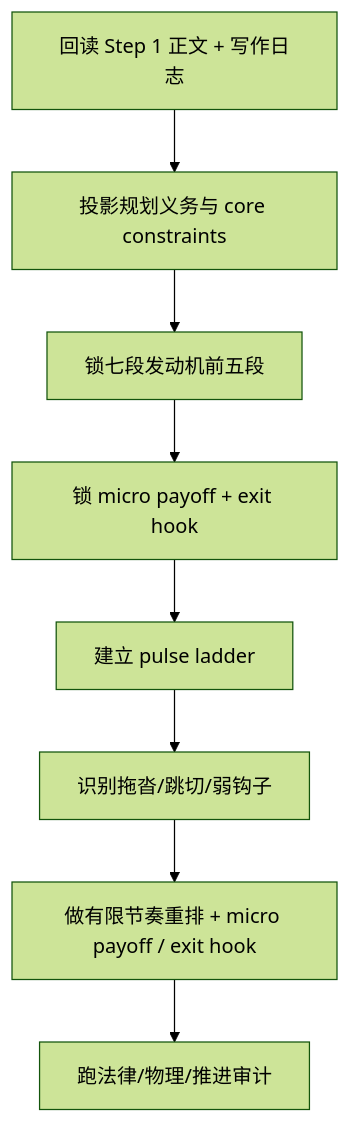
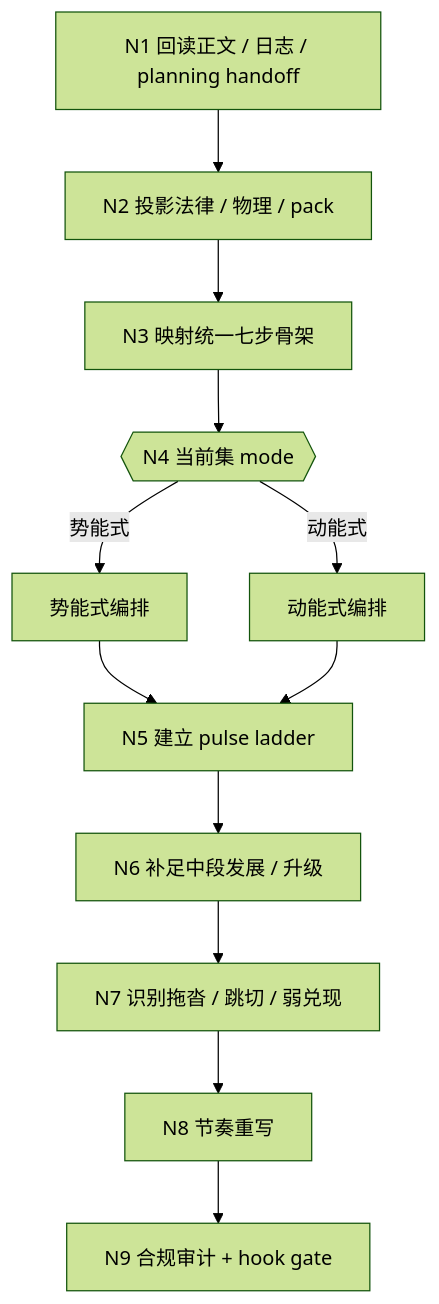
The first of 4 diagrams in .agents/skills/story/3-Drafting/2-节奏优化/SKILL.md (ZEN-VOID/AI-CUT), drawn with Mermaid (forest theme) before and after one commit. The commit also changed other lines of this file and 184 other files, not shown here.

````diff
--- a/.agents/skills/story/3-Drafting/2-节奏优化/SKILL.md
+++ b/.agents/skills/story/3-Drafting/2-节奏优化/SKILL.md
@@ -162,10 +162,14 @@
 ```mermaid
 flowchart TD
-    A["回读 Step 1 正文 + 写作日志"] --> B["投影规划义务与 core constraints"]
-    B --> C["锁七段发动机前五段"]
-    C --> D["锁 micro payoff + exit hook"]
-    D --> E["建立 pulse ladder"]
-    E --> F["识别拖沓/跳切/弱钩子"]
-    F --> G["做有限节奏重排 + micro payoff / exit hook"]
-    G --> H["跑法律/物理/推进审计"]
+    A["N1 回读正文 / 日志 / planning handoff"] --> B["N2 投影法律 / 物理 / pack"]
+    B --> C["N3 映射统一七步骨架"]
+    C --> D{{"N4 当前集 mode"}}
+    D -->|"势能式"| E["势能式编排"]
+    D -->|"动能式"| F["动能式编排"]
+    E --> G["N5 建立 pulse ladder"]
+    F --> G
+    G --> H["N6 补足中段发展 / 升级"]
+    H --> I["N7 识别拖沓 / 跳切 / 弱兑现"]
+    I --> J["N8 节奏重写"]
+    J --> K["N9 合规审计 + hook gate"]
 ```
````
